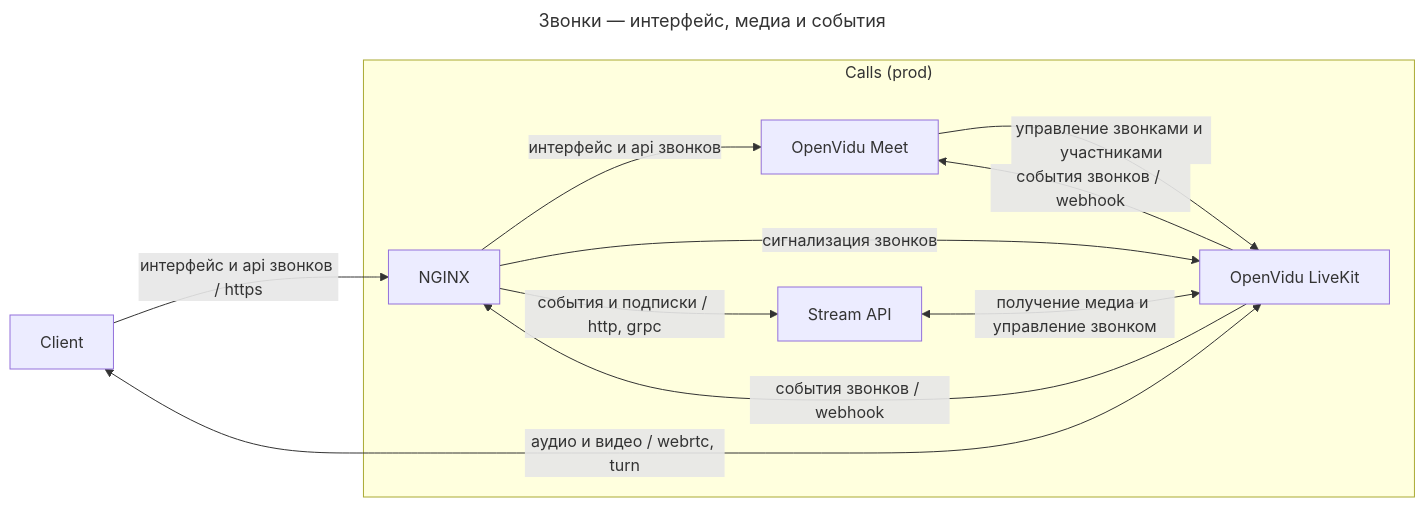
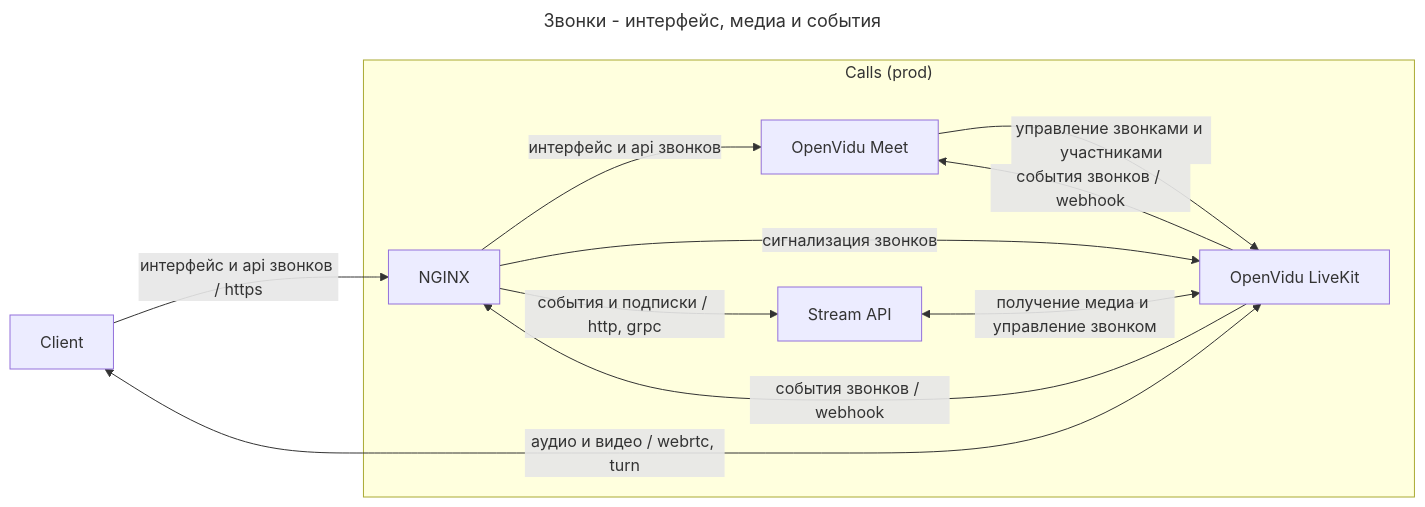
One commit to dwspurpleteam/deployer changed the first of 3 diagrams in README.md. Above: the diagram before and after it, drawn with Mermaid. The commit also changed other lines of this file, not shown here.

Commit message:
Use hyphens in diagram titles

````diff
--- a/README.md
+++ b/README.md
@@ -12,18 +12,18 @@
 ```mermaid
 ---
-title: Звонки — интерфейс, медиа и события
+title: Звонки - интерфейс, медиа и события
 ---
 flowchart LR
   browser[Client] -->|интерфейс и api звонков / https| proxy
   browser <-->|аудио и видео / webrtc, turn| openvidu
 
   subgraph calls_prod["Calls (prod)"]
     proxy[NGINX] -->|интерфейс и api звонков| meet[OpenVidu Meet]
     proxy -->|сигнализация звонков| openvidu[OpenVidu LiveKit]
     proxy -->|события и подписки / http, grpc| streamapi[Stream API]
     meet -->|управление звонками и участниками| openvidu
     openvidu -->|события звонков / webhook| meet
     openvidu -->|события звонков / webhook| proxy
     streamapi <-->|получение медиа и управление звонком| openvidu
   end
 ```
````
